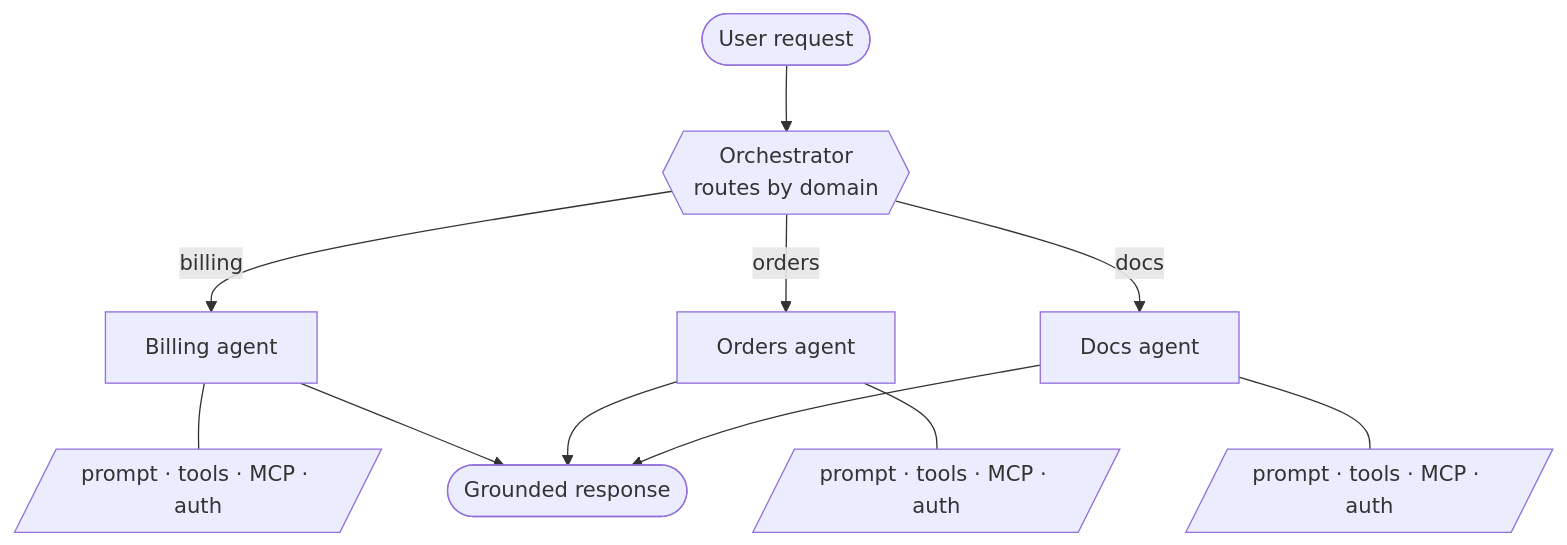
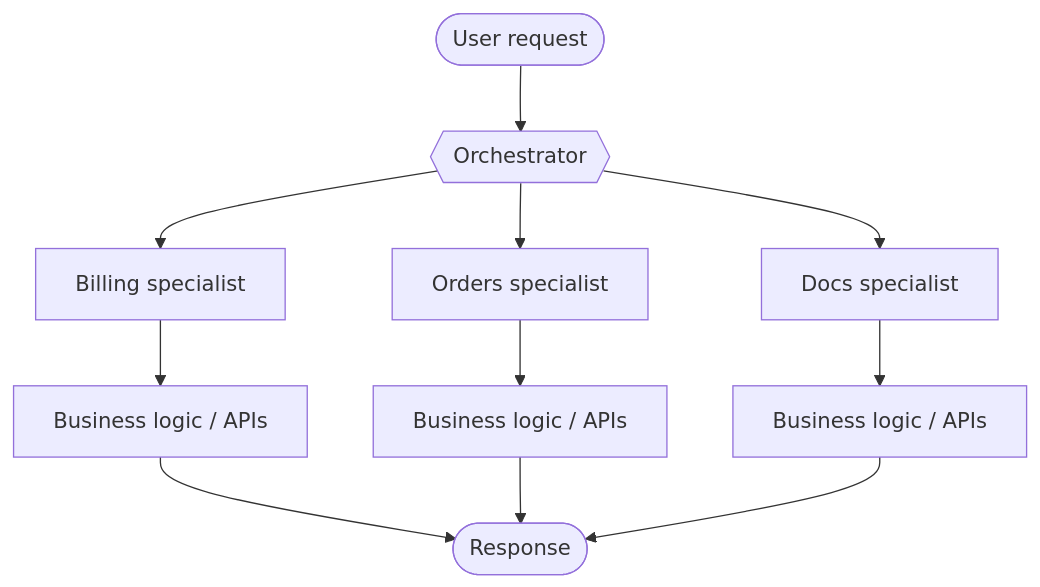
Before and after one commit to Karn2898/extra: the diagram in README.md, drawn with Mermaid. The commit also changed other lines of this file, not shown here.

````diff
--- a/README.md
+++ b/README.md
@@ -164,15 +158,16 @@
 ```mermaid
 flowchart TD
-    U([User request]) --> R{{Orchestrator<br/>routes by domain}}
-    R -->|billing| A1[Billing agent]
-    R -->|orders| A2[Orders agent]
-    R -->|docs| A3[Docs agent]
+    U([User request]) --> R{{Orchestrator}}
 
-    A1 --- P1[/prompt · tools · MCP · auth/]
-    A2 --- P2[/prompt · tools · MCP · auth/]
-    A3 --- P3[/prompt · tools · MCP · auth/]
+    R --> A1[Billing specialist]
+    R --> A2[Orders specialist]
+    R --> A3[Docs specialist]
 
-    A1 --> RESP([Grounded response])
-    A2 --> RESP
-    A3 --> RESP
+    A1 --> T1[Business logic / APIs]
+    A2 --> T2[Business logic / APIs]
+    A3 --> T3[Business logic / APIs]
+
+    T1 --> RESP([Response])
+    T2 --> RESP
+    T3 --> RESP
 ```
````
